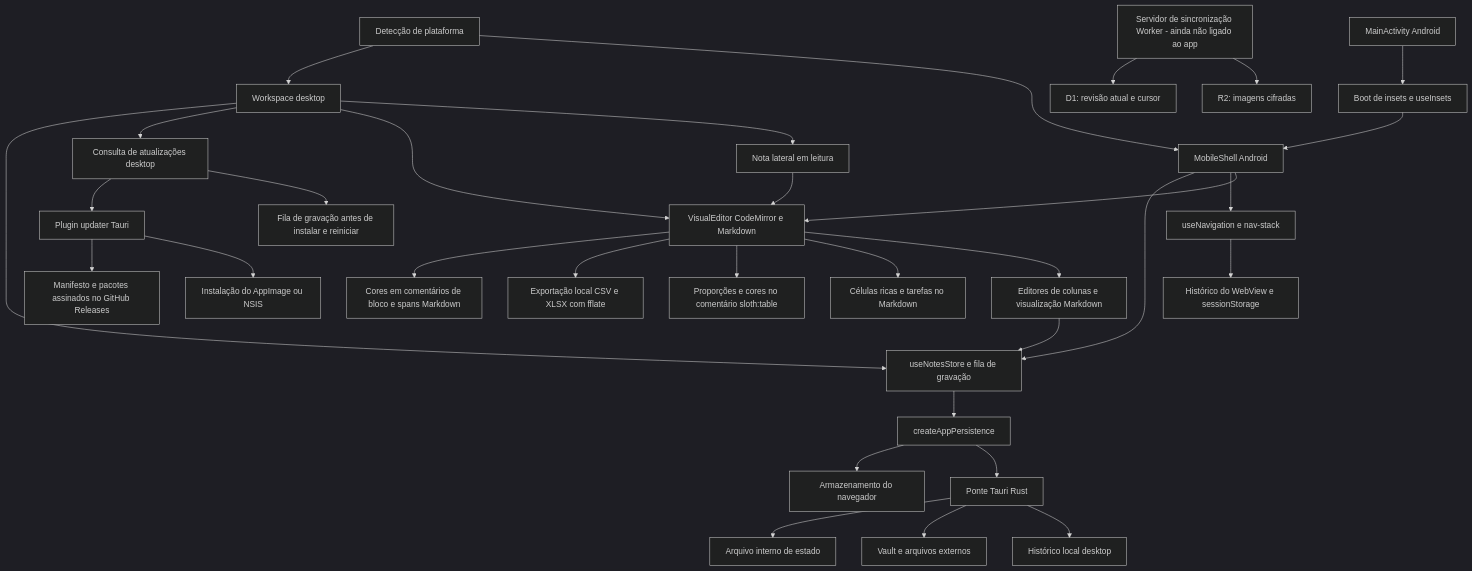
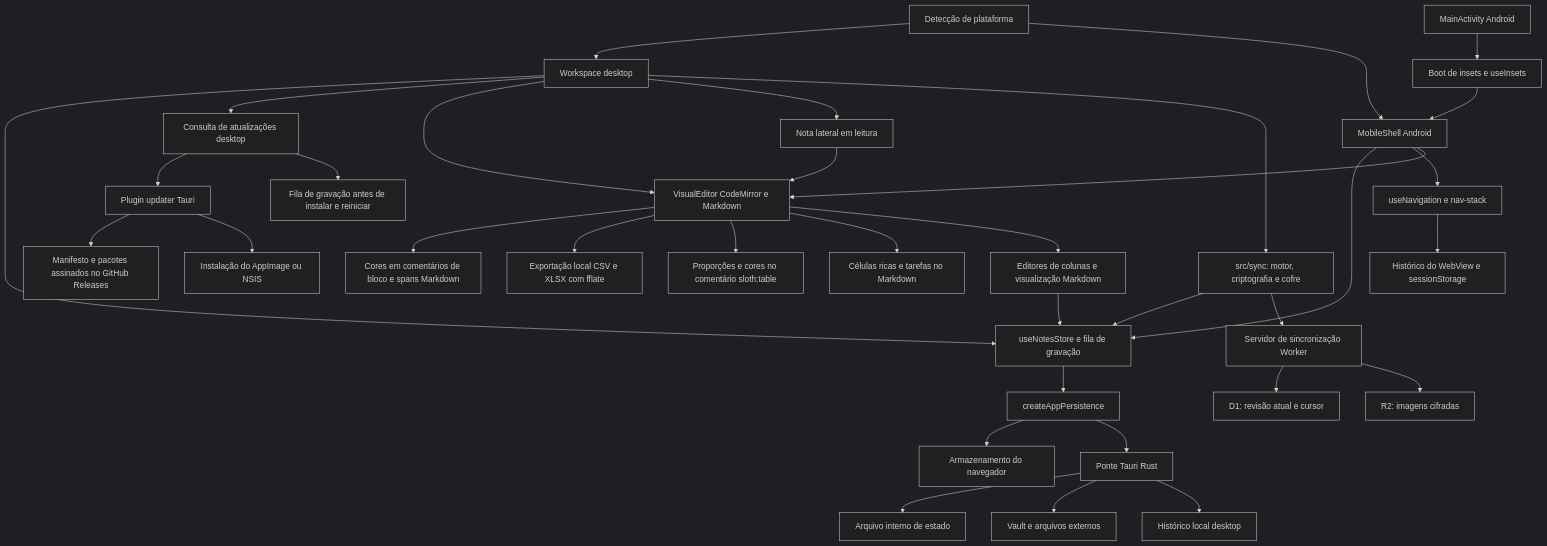
Before and after one commit to dougkusanagi/sloth-noter: the diagram in docs/architecture.md, drawn with Mermaid (dark theme). The commit also changed other lines of this file and 22 other files, not shown here.

Commit message:
feat(sync): adicionar tela de sincronização no desktop

````diff
--- a/docs/architecture.md
+++ b/docs/architecture.md
@@ -6,34 +6,37 @@
 ```mermaid
 flowchart TD
   platform[Detecção de plataforma] --> desktop[Workspace desktop]
   platform --> mobile[MobileShell Android]
   desktop --> store[useNotesStore e fila de gravação]
   mobile --> store
   mobile --> navigation[useNavigation e nav-stack]
   navigation --> browser[Histórico do WebView e sessionStorage]
   desktop --> updates[Consulta de atualizações desktop]
   updates --> updater[Plugin updater Tauri]
   updater --> github[Manifesto e pacotes assinados no GitHub Releases]
   updater --> binary[Instalação do AppImage ou NSIS]
   updates --> saves[Fila de gravação antes de instalar e reiniciar]
   desktop --> editor[VisualEditor CodeMirror e Markdown]
   desktop --> sideNote[Nota lateral em leitura]
   sideNote --> editor
   editor --> colors[Cores em comentários de bloco e spans Markdown]
   mobile --> editor
   editor --> spreadsheets[Exportação local CSV e XLSX com fflate]
   editor --> tableSizes[Proporções e cores no comentário sloth:table]
   editor --> richCells[Células ricas e tarefas no Markdown]
   editor --> columns[Editores de colunas e visualização Markdown]
   columns --> store
   store --> runtime[createAppPersistence]
   runtime --> web[Armazenamento do navegador]
   runtime --> native[Ponte Tauri Rust]
   native --> state[Arquivo interno de estado]
   native --> vault[Vault e arquivos externos]
   native --> history[Histórico local desktop]
   android[MainActivity Android] --> insets[Boot de insets e useInsets]
   insets --> mobile
-  syncServer[Servidor de sincronização Worker - ainda não ligado ao app] --> d1[D1: revisão atual e cursor]
+  desktop --> syncEngine[src/sync: motor, criptografia e cofre]
+  syncEngine --> store
+  syncEngine --> syncServer[Servidor de sincronização Worker]
+  syncServer --> d1[D1: revisão atual e cursor]
   syncServer --> r2[R2: imagens cifradas]
 ```
````
